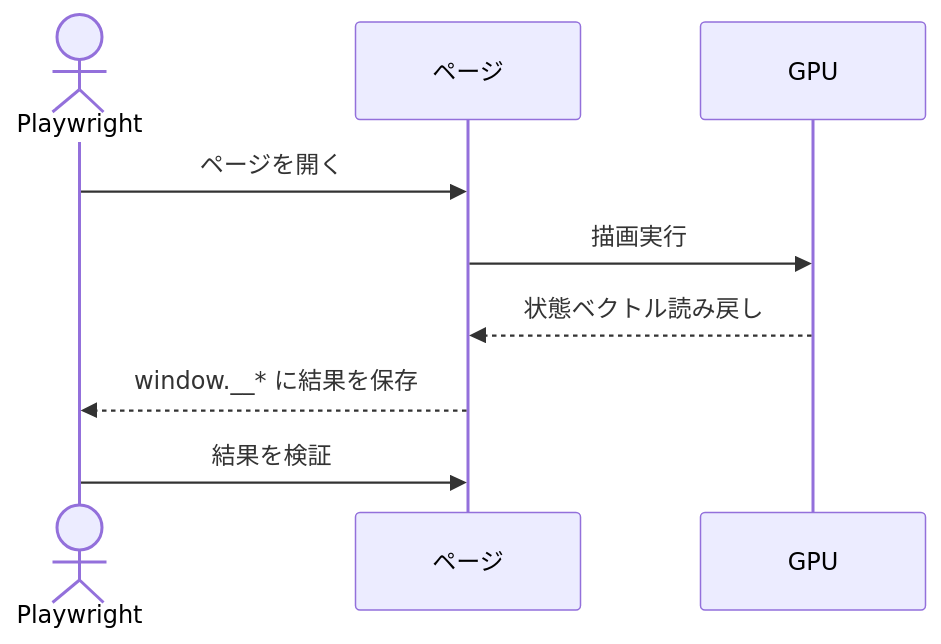
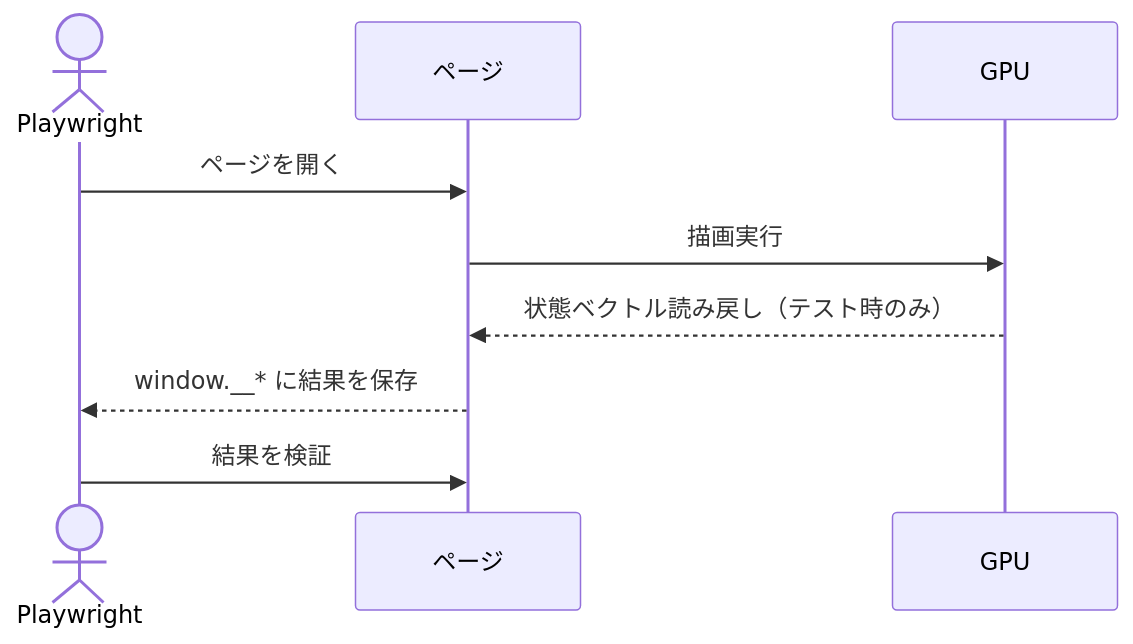
Before and after one commit to qniapp/qni-webgpu: the fourth of 4 diagrams in docs/architecture.md, drawn with Mermaid. The commit also changed other lines of this file and 6 other files, not shown here.

````diff
--- a/docs/architecture.md
+++ b/docs/architecture.md
@@ -91,11 +91,11 @@
 ```mermaid
 sequenceDiagram
   actor T as Playwright
   participant P as ページ
   participant G as GPU
   T->>P: ページを開く
   P->>G: 描画実行
-  G-->>P: 状態ベクトル読み戻し
+  G-->>P: 状態ベクトル読み戻し（テスト時のみ）
   P-->>T: window.__* に結果を保存
   T->>P: 結果を検証
 ```
````
